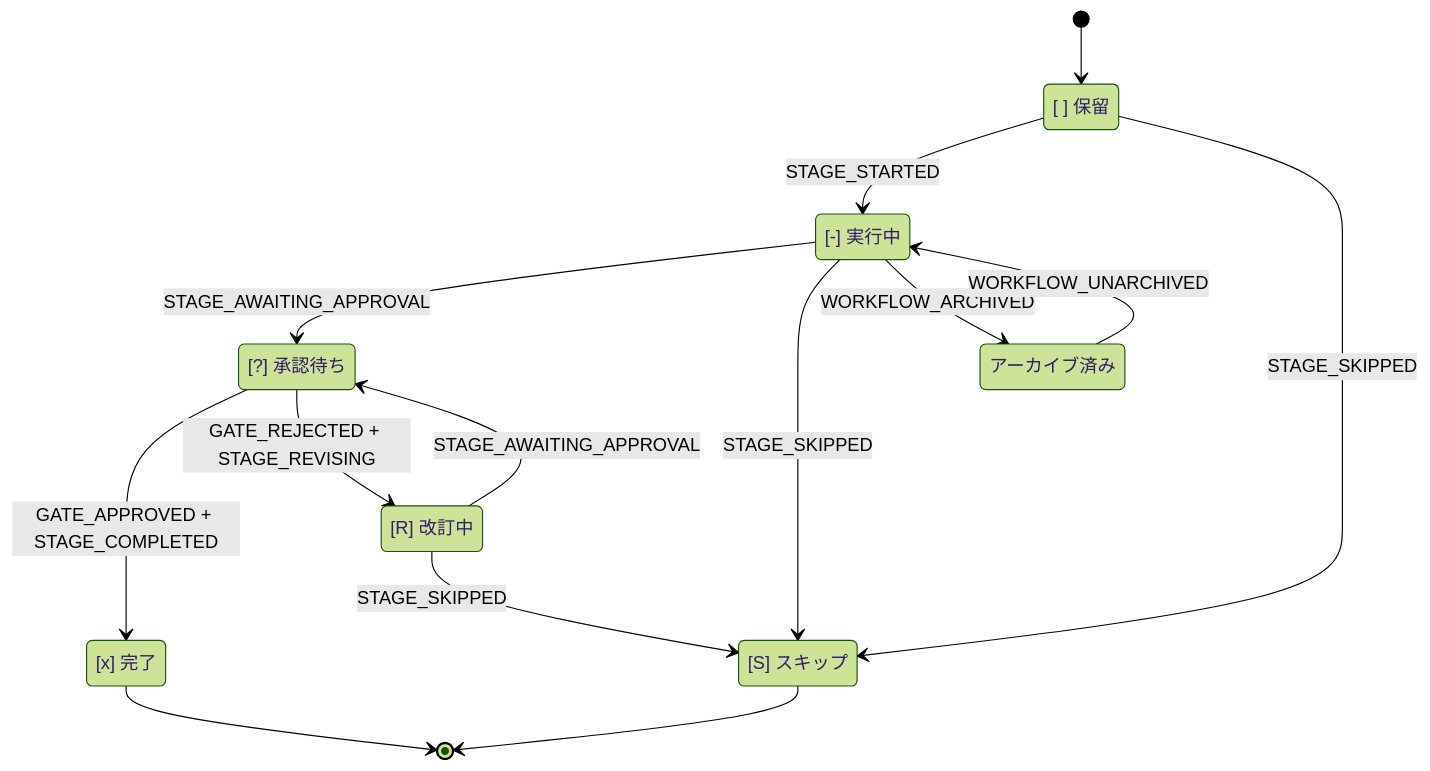
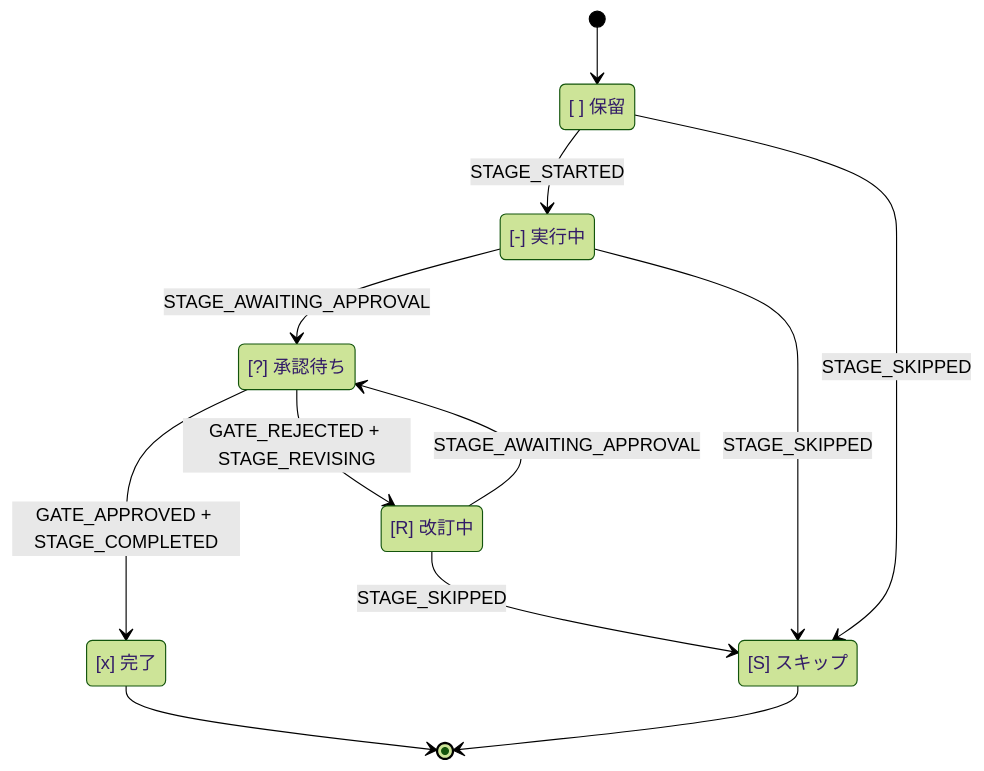
Before and after one commit to otomatty/aidlc-guide: the third of 3 diagrams in docs/reference/ja/12-state-machine.md, drawn with Mermaid (forest theme). The commit also changed other lines of this file and 832 other files, not shown here.

````diff
--- a/docs/reference/ja/12-state-machine.md
+++ b/docs/reference/ja/12-state-machine.md
@@ -137,23 +137,21 @@
 ```mermaid
 stateDiagram-v2
     state "[ ] 保留" as 保留
     state "[-] 実行中" as 実行中
     state "[?] 承認待ち" as 承認待ち
     state "[R] 改訂中" as 改訂中
     state "[x] 完了" as 完了
     state "[S] スキップ" as スキップ
 
     [*] --> 保留
     保留 --> 実行中 : STAGE_STARTED
     実行中 --> 承認待ち : STAGE_AWAITING_APPROVAL
     承認待ち --> 完了 : GATE_APPROVED + STAGE_COMPLETED
     承認待ち --> 改訂中 : GATE_REJECTED + STAGE_REVISING
     改訂中 --> 承認待ち : STAGE_AWAITING_APPROVAL
     保留 --> スキップ : STAGE_SKIPPED
     実行中 --> スキップ : STAGE_SKIPPED
     改訂中 --> スキップ : STAGE_SKIPPED
-    実行中 --> アーカイブ済み : WORKFLOW_ARCHIVED
-    アーカイブ済み --> 実行中 : WORKFLOW_UNARCHIVED
     完了 --> [*]
     スキップ --> [*]
 ```
````
